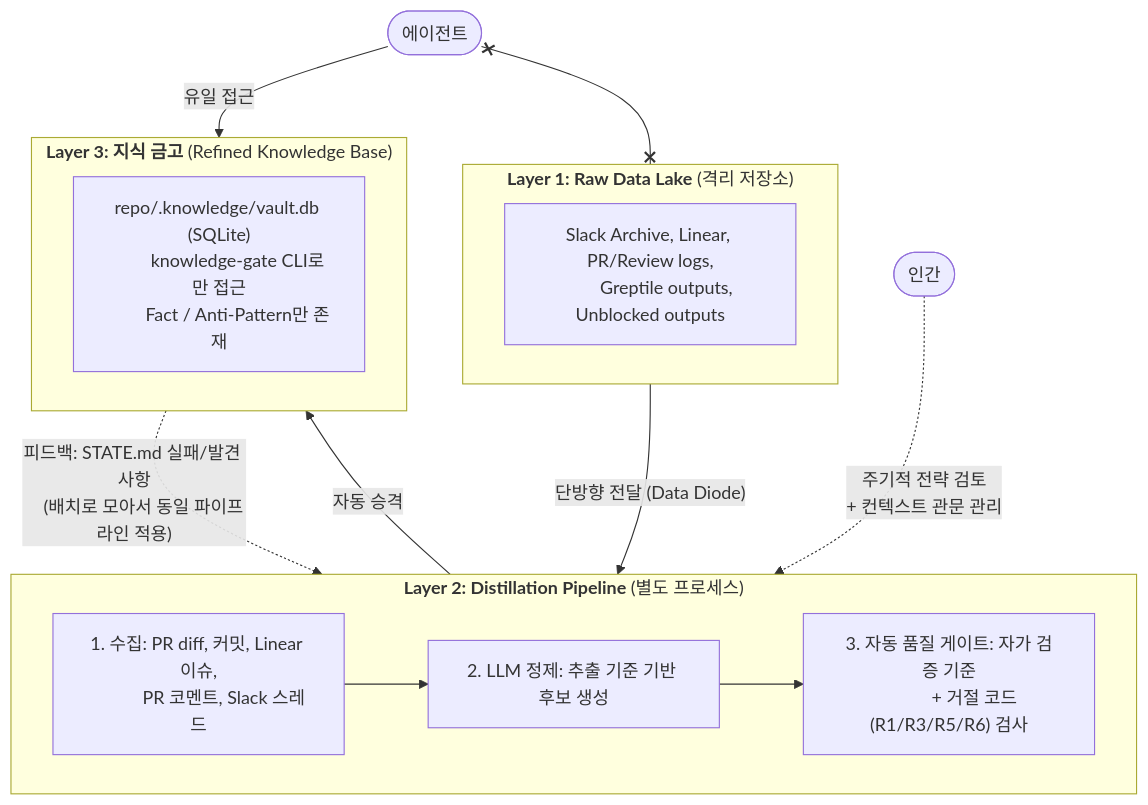
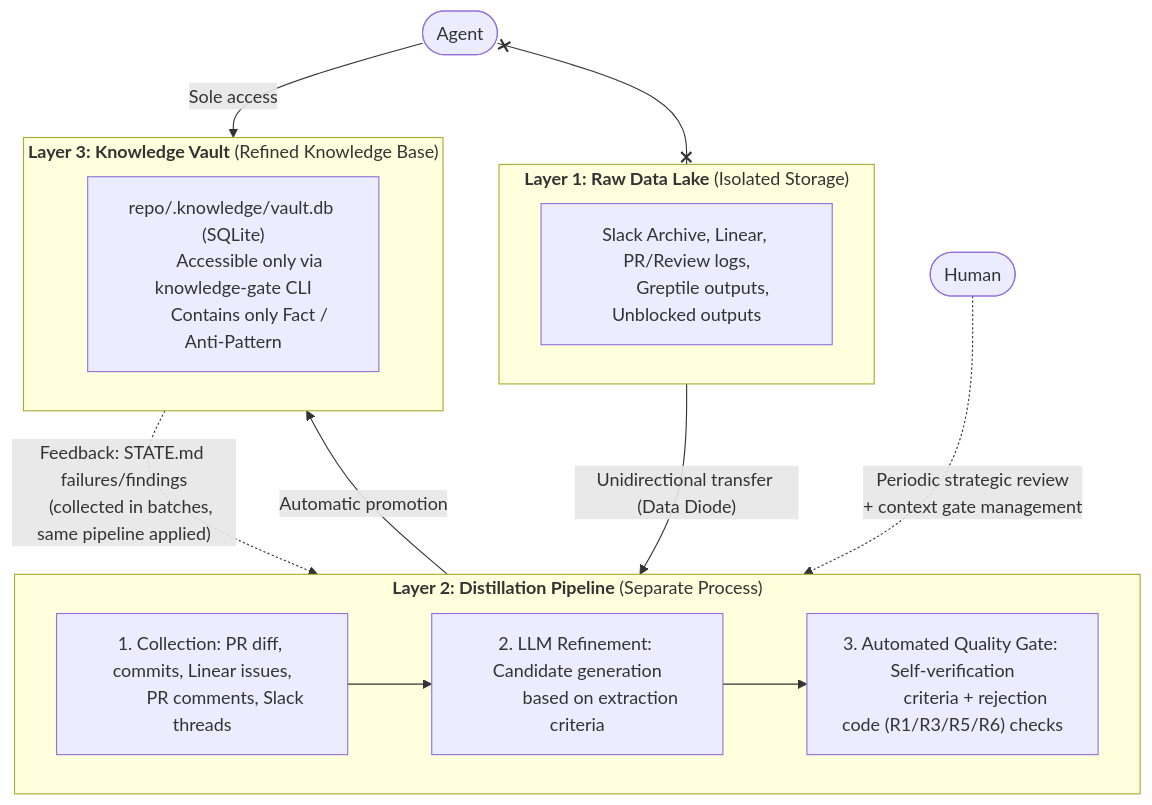
Before and after one commit to ether-moon/knowledge-distillery: the diagram in docs/design-implementation.md, drawn with Mermaid. The commit also changed other lines of this file and 4 other files, not shown here.

````diff
--- a/docs/design-implementation.md
+++ b/docs/design-implementation.md
@@ -11,34 +11,35 @@
 ```mermaid
 flowchart TD
-    subgraph L1["<b>Layer 1: Raw Data Lake</b> (격리 저장소)"]
+    subgraph L1["<b>Layer 1: Raw Data Lake</b> (Isolated Storage)"]
         L1_data["Slack Archive, Linear, PR/Review logs,
         Greptile outputs, Unblocked outputs"]
     end
 
-    subgraph L2["<b>Layer 2: Distillation Pipeline</b> (별도 프로세스)"]
-        L2_1["1. 수집: PR diff, 커밋, Linear 이슈,
-           PR 코멘트, Slack 스레드"]
-        L2_2["2. LLM 정제: 추출 기준 기반 후보 생성"]
-        L2_3["3. 자동 품질 게이트: 자가 검증 기준
-           + 거절 코드(R1/R3/R5/R6) 검사"]
+    subgraph L2["<b>Layer 2: Distillation Pipeline</b> (Separate Process)"]
+        L2_1["1. Collection: PR diff, commits, Linear issues,
+           PR comments, Slack threads"]
+        L2_2["2. LLM Refinement: Candidate generation
+           based on extraction criteria"]
+        L2_3["3. Automated Quality Gate: Self-verification
+           criteria + rejection code (R1/R3/R5/R6) checks"]
         L2_1 --> L2_2 --> L2_3
     end
 
-    subgraph L3["<b>Layer 3: 지식 금고</b> (Refined Knowledge Base)"]
+    subgraph L3["<b>Layer 3: Knowledge Vault</b> (Refined Knowledge Base)"]
         L3_data["repo/.knowledge/vault.db (SQLite)
-        knowledge-gate CLI로만 접근
-        Fact / Anti-Pattern만 존재"]
+        Accessible only via knowledge-gate CLI
+        Contains only Fact / Anti-Pattern"]
     end
 
-    L1 -- "단방향 전달 (Data Diode)" --> L2
-    L2 -- "자동 승격" --> L3
+    L1 -- "Unidirectional transfer (Data Diode)" --> L2
+    L2 -- "Automatic promotion" --> L3
 
-    L3 -. "피드백: STATE.md 실패/발견 사항
-    (배치로 모아서 동일 파이프라인 적용)" .-> L2
+    L3 -. "Feedback: STATE.md failures/findings
+    (collected in batches, same pipeline applied)" .-> L2
 
-    Agent(["에이전트"]) -- "유일 접근" --> L3
+    Agent(["Agent"]) -- "Sole access" --> L3
     Agent x--x L1
 
-    Human(["인간"]) -. "주기적 전략 검토
-    + 컨텍스트 관문 관리" .-> L2
-```  
+    Human(["Human"]) -. "Periodic strategic review
+    + context gate management" .-> L2
+```
````
